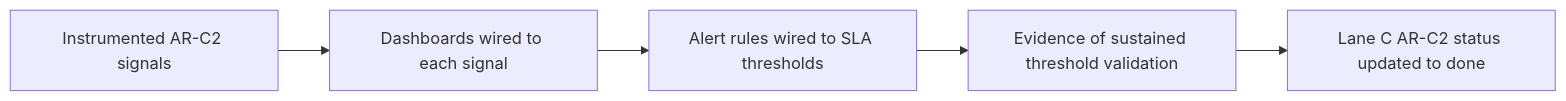
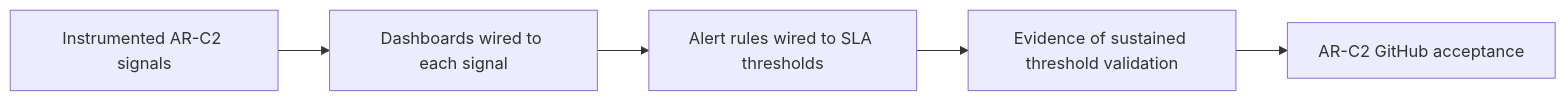
The second of 3 diagrams in docs/planning/proposals/mandatory/runtime-and-contracts/ar-c2-sla-operational-closure-plan-20260404.md (dunay2/dvt), drawn with Mermaid before and after one commit. The commit also changed other lines of this file and 505 other files, not shown here.

````diff
--- a/docs/planning/proposals/mandatory/runtime-and-contracts/ar-c2-sla-operational-closure-plan-20260404.md
+++ b/docs/planning/proposals/mandatory/runtime-and-contracts/ar-c2-sla-operational-closure-plan-20260404.md
@@ -76,7 +76,7 @@
 ```mermaid
 flowchart LR
   Signals["Instrumented AR-C2 signals"] --> Dashboards["Dashboards wired to each signal"]
   Dashboards --> Alerts["Alert rules wired to SLA thresholds"]
   Alerts --> Evidence["Evidence of sustained threshold validation"]
-  Evidence --> LaneDone["Lane C AR-C2 status updated to done"]
+  Evidence --> Accepted["AR-C2 GitHub acceptance"]
 ```
````
